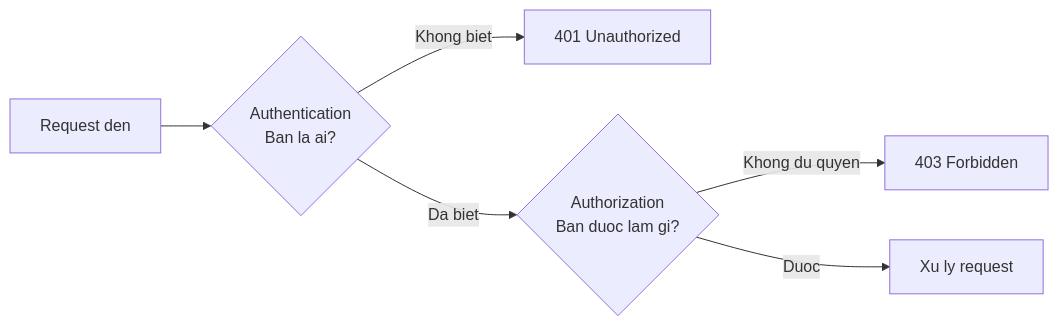
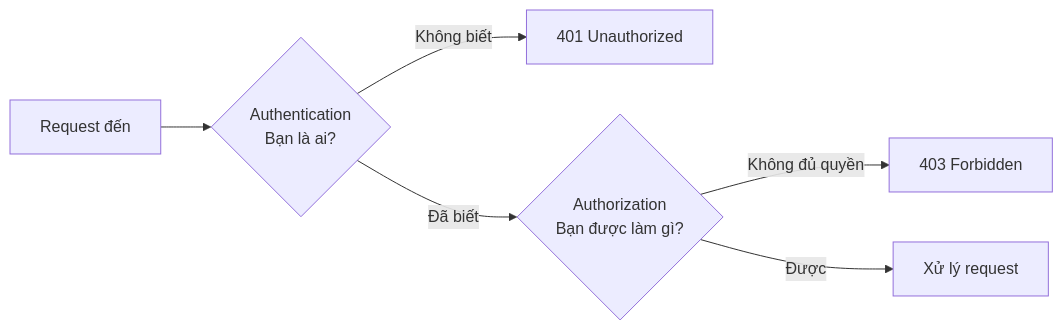
One commit to TienNHM/tiennhm.github.io changed the diagram in docs/09-dotnet-backend-zero-to-senior/stage-01-foundation/module-02-computer-science-basics/2.7-authentication-and-authorization.mdx. Above: the diagram before and after it, drawn with Mermaid. The commit also changed 10 other files, not shown here.

````diff
--- a/docs/09-dotnet-backend-zero-to-senior/stage-01-foundation/module-02-computer-science-basics/2.7-authentication-and-authorization.mdx
+++ b/docs/09-dotnet-backend-zero-to-senior/stage-01-foundation/module-02-computer-science-basics/2.7-authentication-and-authorization.mdx
@@ -29,8 +29,8 @@
 ```mermaid
 flowchart LR
-    A[Request den] --> B{Authentication<br/>Ban la ai?}
-    B -->|Khong biet| C[401 Unauthorized]
-    B -->|Da biet| D{Authorization<br/>Ban duoc lam gi?}
-    D -->|Khong du quyen| E[403 Forbidden]
-    D -->|Duoc| F[Xu ly request]
+    A[Request đến] --> B{Authentication<br/>Bạn là ai?}
+    B -->|Không biết| C[401 Unauthorized]
+    B -->|Đã biết| D{Authorization<br/>Bạn được làm gì?}
+    D -->|Không đủ quyền| E[403 Forbidden]
+    D -->|Được| F[Xử lý request]
 ```
````
